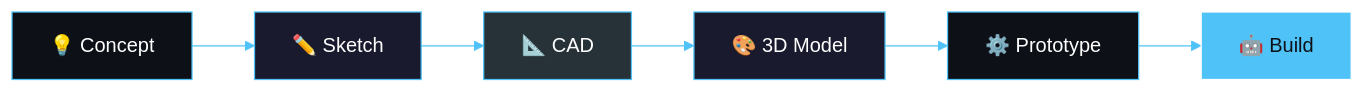
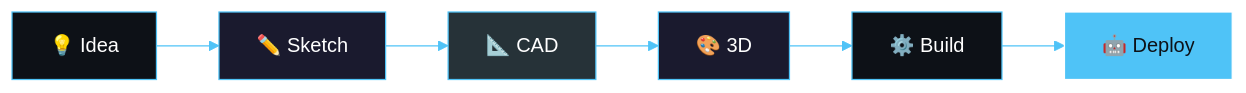
Before and after one commit to nasblor/nasblor: the third of 3 diagrams in readme.md, drawn with Mermaid. The commit also changed other lines of this file, not shown here.

````diff
--- a/readme.md
+++ b/readme.md
@@ -64,11 +85,11 @@
 ```mermaid
 %%{init: {'theme': 'base', 'themeVariables': { 'primaryColor': '#1a1a2e', 'primaryTextColor': '#fff', 'lineColor': '#4FC3F7'}}}%%
 flowchart LR
-    A[💡 Concept] --> B[✏️ Sketch] --> C[📐 CAD] --> D[🎨 3D Model] --> E[⚙️ Prototype] --> F[🤖 Build]
+    A[💡 Idea] --> B[✏️ Sketch] --> C[📐 CAD] --> D[🎨 3D] --> E[⚙️ Build] --> F[🤖 Deploy]
     style A fill:#0D1117,stroke:#4FC3F7,color:#fff
     style B fill:#1a1a2e,stroke:#4FC3F7,color:#fff
     style C fill:#263238,stroke:#4FC3F7,color:#fff
     style D fill:#1a1a2e,stroke:#4FC3F7,color:#fff
     style E fill:#0D1117,stroke:#4FC3F7,color:#fff
     style F fill:#4FC3F7,stroke:#fff,color:#0D1117
 ```
````
